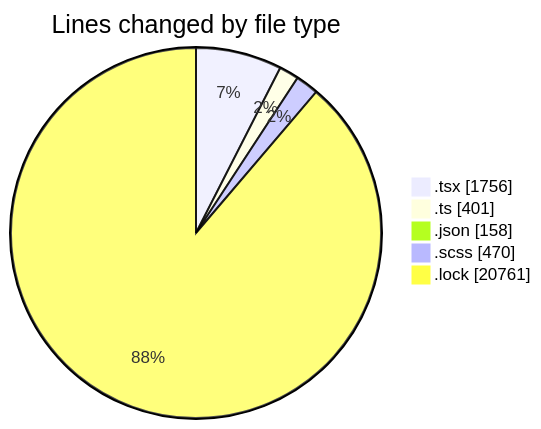
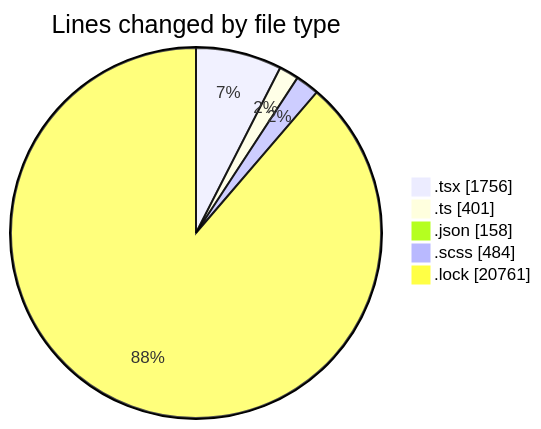
Before and after one commit to momahboobian/code-tracking: the first of 2 diagrams in 2025-04-29/cda/README.md, drawn with Mermaid. The commit also changed other lines of this file and 1 other file, not shown here.

````diff
--- a/2025-04-29/cda/README.md
+++ b/2025-04-29/cda/README.md
@@ -43,9 +43,9 @@
 ```mermaid
 pie showData
 title Lines changed by file type
 ".tsx" : 1756
 ".ts" : 401
 ".json" : 158
-".scss" : 470
+".scss" : 484
 ".lock" : 20761
 ```
````
